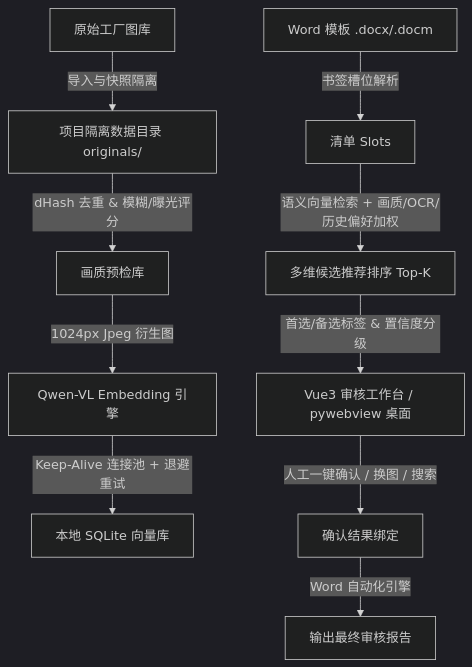
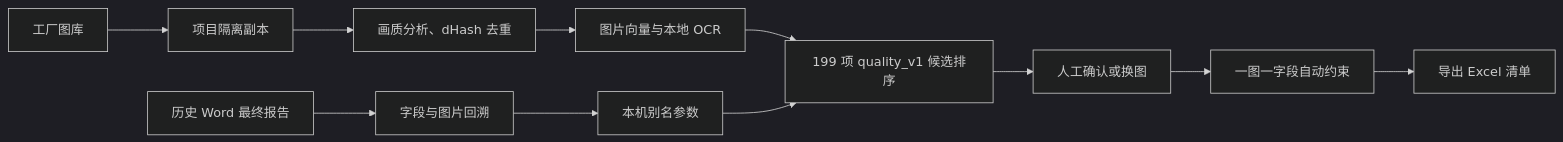
The diagram in PROGRESS.md (chenyanglonglive-cyber/AutoPick), drawn with Mermaid (dark theme) before and after one commit. The commit also changed other lines of this file and 2 other files, not shown here.

````diff
--- a/PROGRESS.md
+++ b/PROGRESS.md
@@ -11,14 +10,13 @@
 ```mermaid
-flowchart TD
-    A[原始工厂图库] -->|导入与快照隔离| B[项目隔离数据目录 originals/]
-    B -->|dHash 去重 & 模糊/曝光评分| C[画质预检库]
-    C -->|1024px Jpeg 衍生图| D[Qwen-VL Embedding 引擎]
-    D -->|Keep-Alive 连接池 + 退避重试| E[本地 SQLite 向量库]
-    
-    F[Word 模板 .docx/.docm] -->|书签槽位解析| G[清单 Slots]
-    G -->|语义向量检索 + 画质/OCR/历史偏好加权| H[多维候选推荐排序 Top-K]
-    
-    H -->|首选/备选标签 & 置信度分级| I[Vue3 审核工作台 / pywebview 桌面]
-    I -->|人工一键确认 / 换图 / 搜索| J[确认结果绑定]
-    J -->|Word 自动化引擎| K[输出最终审核报告]
+flowchart LR
+    A[工厂图库] --> B[项目隔离副本]
+    B --> C[画质分析、dHash 去重]
+    C --> D[图片向量与本地 OCR]
+    D --> E[199 项 quality_v1 候选排序]
+    E --> F[人工确认或换图]
+    F --> G[一图一字段自动约束]
+    G --> H[导出 Excel 清单]
+    I[历史 Word 最终报告] --> J[字段与图片回溯]
+    J --> K[本机别名参数]
+    K --> E
 ```
````
